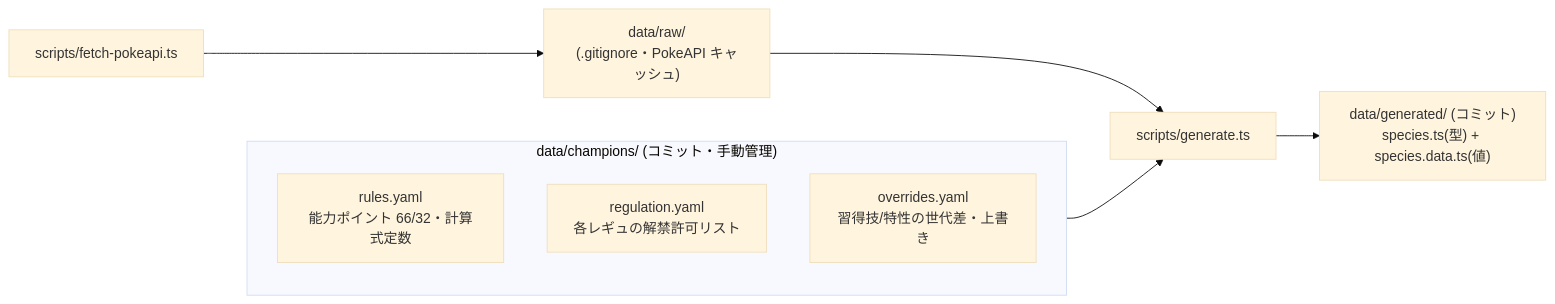
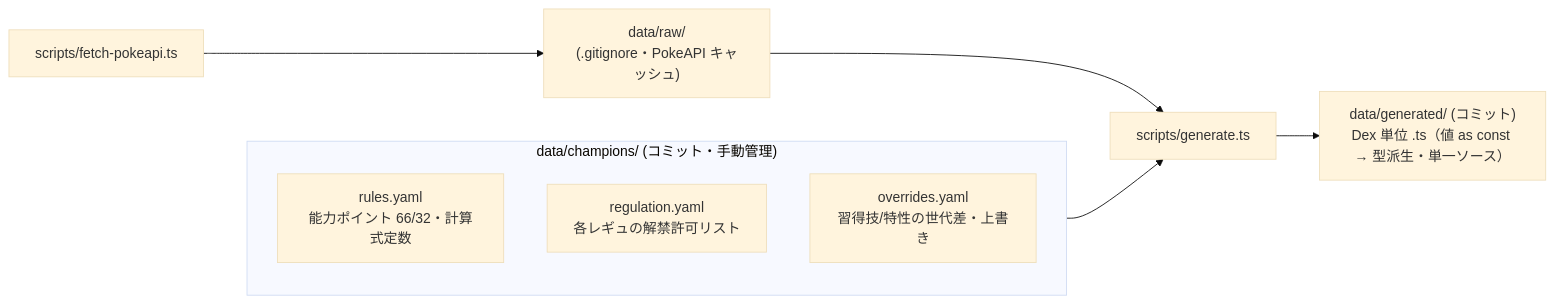
The second of 2 diagrams in docs/plan/01-mvp/architecture.md (subroh0508/pokeform), drawn with Mermaid (base theme) before and after one commit. The commit also changed other lines of this file and 3 other files, not shown here.

First line of the commit message:
docs(plan): mark 01-mvp Phase 1 complete + sync architecture to derived-Dex pattern

````diff
--- a/docs/plan/01-mvp/architecture.md
+++ b/docs/plan/01-mvp/architecture.md
@@ -218,12 +220,12 @@
 ```mermaid
 flowchart LR
     F["scripts/fetch-pokeapi.ts"] --> RAW["data/raw/<br/>(.gitignore・PokeAPI キャッシュ)"]
     subgraph CH["data/champions/ (コミット・手動管理)"]
         R["rules.yaml<br/>能力ポイント 66/32・計算式定数"]
         REG["regulation.yaml<br/>各レギュの解禁許可リスト"]
         OV["overrides.yaml<br/>習得技/特性の世代差・上書き"]
     end
     RAW --> GEN["scripts/generate.ts"]
     CH --> GEN
-    GEN --> OUT["data/generated/ (コミット)<br/>species.ts(型) + species.data.ts(値)"]
+    GEN --> OUT["data/generated/ (コミット)<br/>Dex 単位 .ts（値 as const → 型派生・単一ソース）"]
 ```
````
